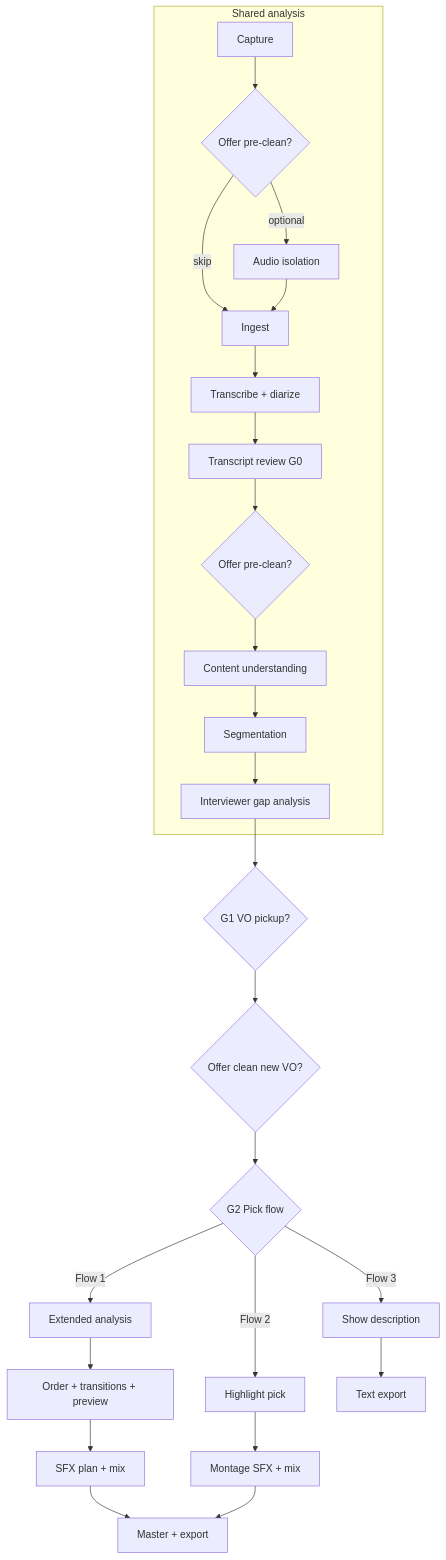
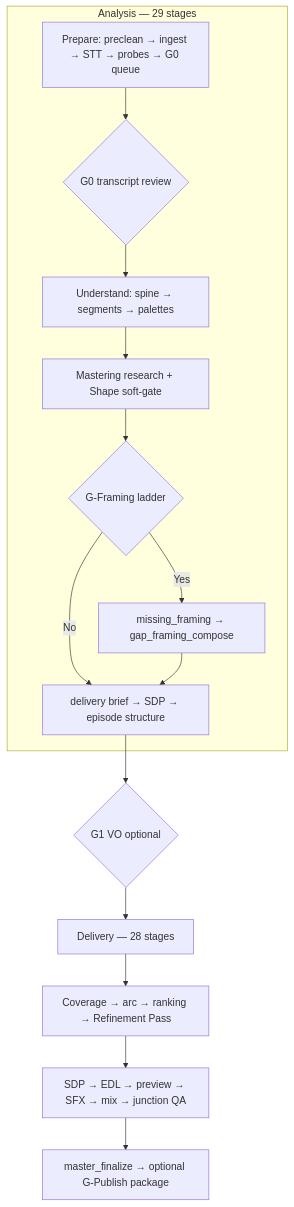
One commit to NicketUttarwar/interview_helper_mux changed the diagram in docs/pipeline.md. Above: the diagram before and after it, drawn with Mermaid. The commit also changed other lines of this file and 33 other files, not shown here.

````diff
--- a/docs/pipeline.md
+++ b/docs/pipeline.md
@@ -9,27 +11,18 @@
 ```mermaid
 flowchart TB
-    subgraph shared [Shared analysis]
-        A0[Capture] --> A1{Offer pre-clean?}
-        A1 -->|optional| A1b[Audio isolation]
-        A1 -->|skip| A[Ingest]
-        A1b --> A
-        A --> B[Transcribe + diarize]
-        B --> B2[Transcript review G0]
-        B2 --> B2q{Offer pre-clean?}
-        B2q --> C[Content understanding]
-        C --> D[Segmentation]
-        D --> E[Interviewer gap analysis]
+    subgraph analysis [Analysis — 29 stages]
+        A0[Prepare: preclean → ingest → STT → probes → G0 queue]
+        A0 --> G0{G0 transcript review}
+        G0 --> U[Understand: spine → segments → palettes]
+        U --> M[Mastering research + Shape soft-gate]
+        M --> GF{G-Framing ladder}
+        GF -->|Yes| Gaps[missing_framing → gap_framing_compose]
+        GF -->|No| Brief[delivery brief → SDP → episode structure]
+        Gaps --> Brief
     end
-    E --> G1{G1 VO pickup?}
-    G1 --> G1q{Offer clean new VO?}
-    G1q --> G2{G2 Pick flow}
-    G2 -->|Flow 1| F1[Extended analysis]
-    F1 --> F1b[Order + transitions + preview]
-    F1b --> F1c[SFX plan + mix]
-    G2 -->|Flow 2| F2[Highlight pick]
-    F2 --> F2b[Montage SFX + mix]
-    G2 -->|Flow 3| F3[Show description]
-    F1c --> K[Master + export]
-    F2b --> K
-    F3 --> T[Text export]
+    Brief --> G1{G1 VO optional}
+    G1 --> Del[Delivery — 28 stages]
+    Del --> Rank[Coverage → arc → ranking → Refinement Pass]
+    Rank --> Sound[SDP → EDL → preview → SFX → mix → junction QA]
+    Sound --> Ship[master_finalize → optional G-Publish package]
 ```
````
